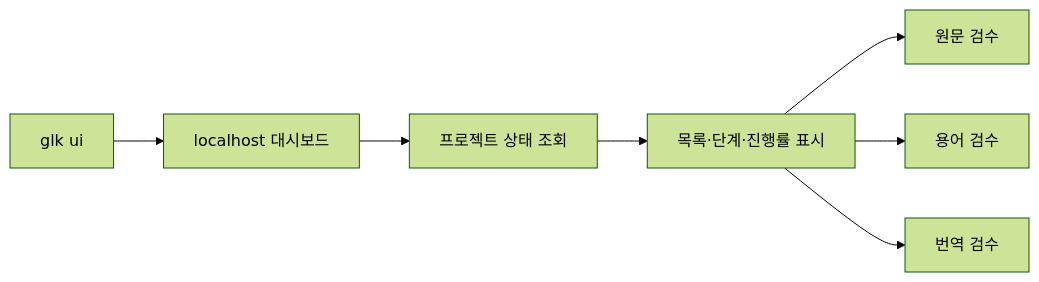
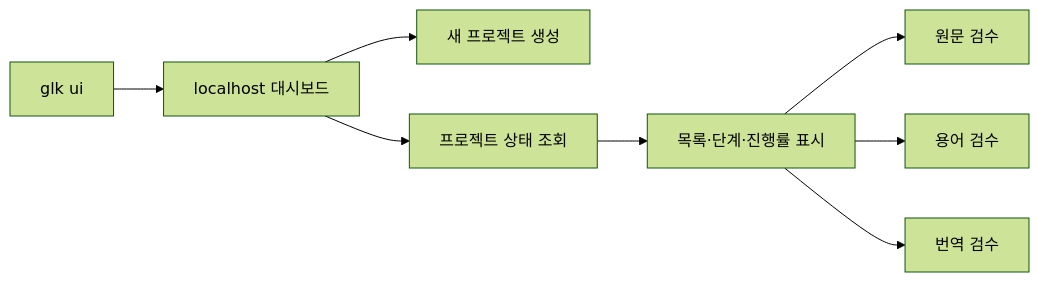
One commit to JJUN777/game-localization-kit changed the diagram in DASHBOARD_WORK_HISTORY.md. Above: the diagram before and after it, drawn with Mermaid (forest theme). The commit also changed other lines of this file and 10 other files, not shown here.

````diff
--- a/DASHBOARD_WORK_HISTORY.md
+++ b/DASHBOARD_WORK_HISTORY.md
@@ -13,9 +13,10 @@
 ```mermaid
 flowchart LR
     CLI[glk ui] --> DASH[localhost 대시보드]
+    DASH --> CREATE[새 프로젝트 생성]
     DASH --> SNAPSHOT[프로젝트 상태 조회]
     SNAPSHOT --> CARDS[목록·단계·진행률 표시]
     CARDS --> SOURCE[원문 검수]
     CARDS --> GLOSSARY[용어 검수]
     CARDS --> TRANS[번역 검수]
 ```
````
